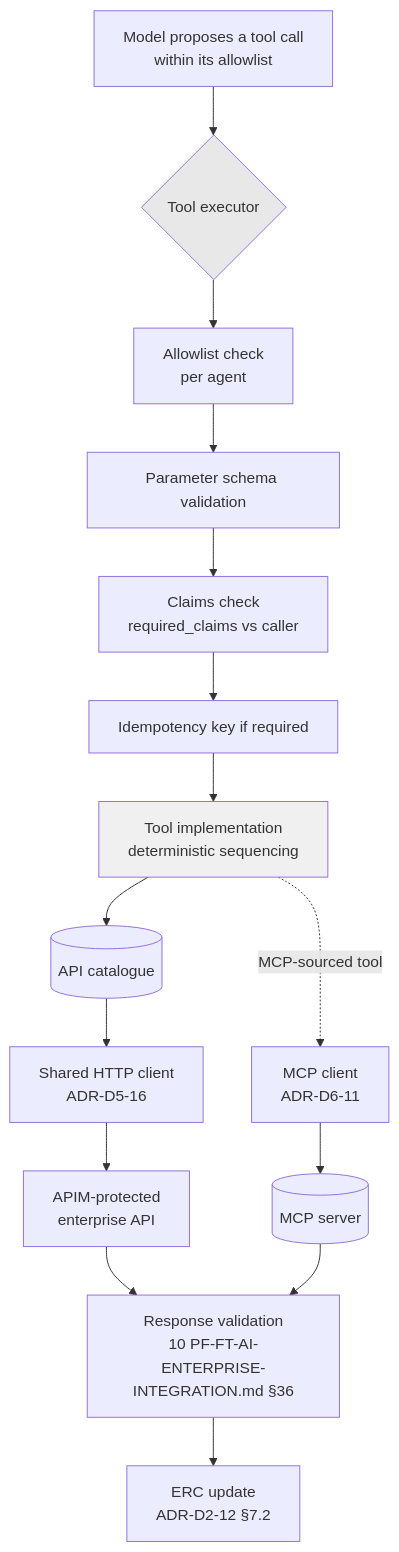
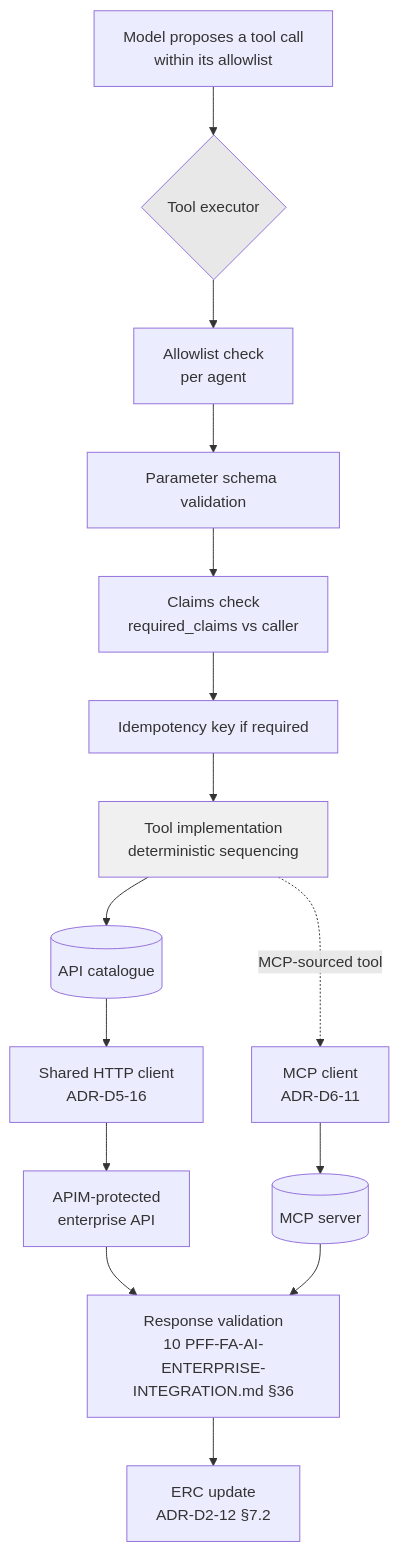
Before and after one commit to gobimca87/PF-FT: the diagram in docs/architecture/adr/02-application-architecture/ADR-D2-13-enterprise-integration-pattern.md, drawn with Mermaid. The commit also changed other lines of this file and 880 other files, not shown here.

````diff
--- a/docs/architecture/adr/02-application-architecture/ADR-D2-13-enterprise-integration-pattern.md
+++ b/docs/architecture/adr/02-application-architecture/ADR-D2-13-enterprise-integration-pattern.md
@@ -334,20 +334,20 @@
 ```mermaid
 flowchart TD
     M[Model proposes a tool call<br/>within its allowlist] --> EX{Tool executor}
     EX --> A1[Allowlist check<br/>per agent]
     A1 --> A2[Parameter schema validation]
     A2 --> A3[Claims check<br/>required_claims vs caller]
     A3 --> A4[Idempotency key if required]
     A4 --> IMPL[Tool implementation<br/>deterministic sequencing]
     IMPL --> CAT[(API catalogue)]
     CAT --> CL[Shared HTTP client<br/>ADR-D5-16]
     CL --> APIM[APIM-protected<br/>enterprise API]
     IMPL -.MCP-sourced tool.-> MCPC[MCP client<br/>ADR-D6-11]
     MCPC --> MCPS[(MCP server)]
-    APIM --> RV[Response validation<br/>10 PF-FT-AI-ENTERPRISE-INTEGRATION.md §36]
+    APIM --> RV[Response validation<br/>10 PFF-FA-AI-ENTERPRISE-INTEGRATION.md §36]
     MCPS --> RV
     RV --> ERC[ERC update<br/>ADR-D2-12 §7.2]
 
     style EX fill:#e8e8e8
     style IMPL fill:#f0f0f0
 ```
````
